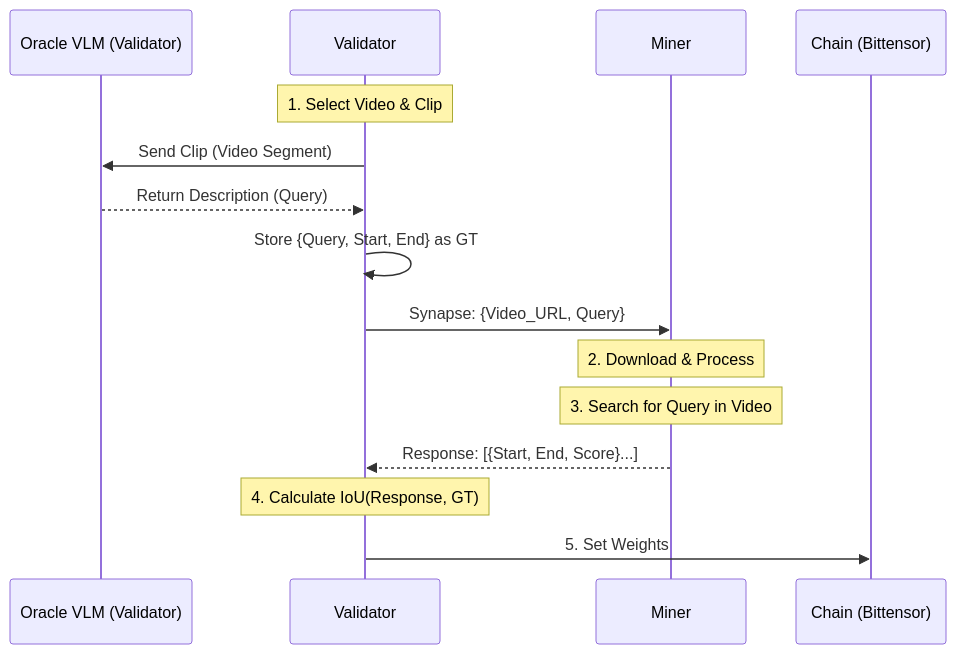
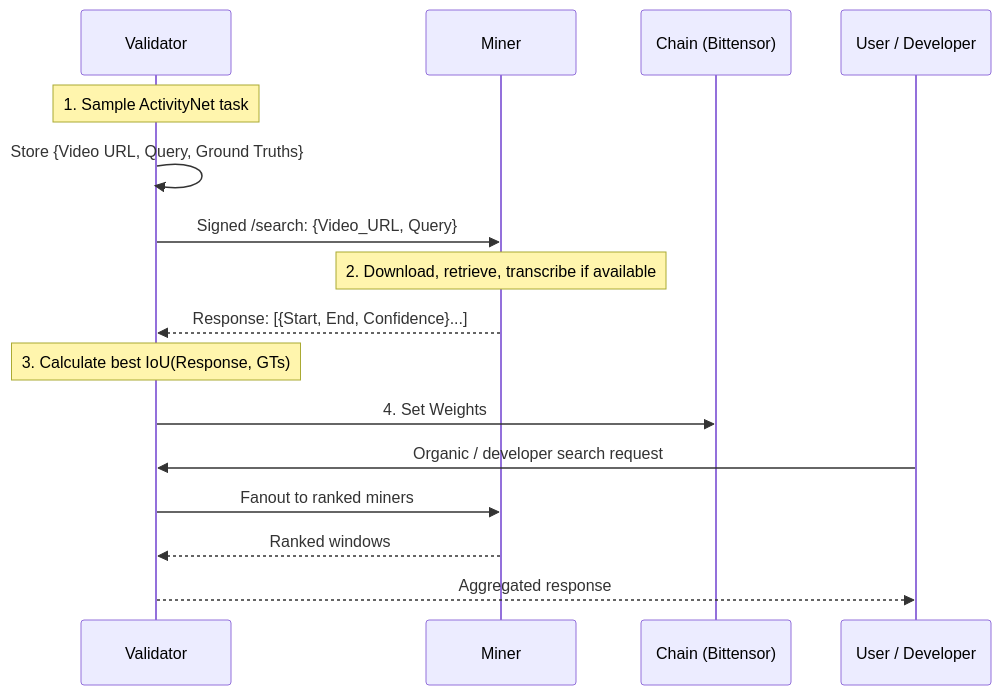
Before and after one commit to chronoseek/bittensor-subnet: the diagram in docs/DESIGN.md, drawn with Mermaid. The commit also changed other lines of this file and 1 other file, not shown here.

````diff
--- a/docs/DESIGN.md
+++ b/docs/DESIGN.md
@@ -30,20 +40,22 @@
 ```mermaid
 sequenceDiagram
-    participant O as Oracle VLM (Validator)
     participant V as Validator
     participant M as Miner
     participant C as Chain (Bittensor)
+    participant U as User / Developer
 
-    Note over V: 1. Select Video & Clip
-    V->>O: Send Clip (Video Segment)
-    O-->>V: Return Description (Query)
-    V->>V: Store {Query, Start, End} as GT
+    Note over V: 1. Sample ActivityNet task
+    V->>V: Store {Video URL, Query, Ground Truths}
 
-    V->>M: Synapse: {Video_URL, Query}
-    Note over M: 2. Download & Process
-    Note over M: 3. Search for Query in Video
-    M-->>V: Response: [{Start, End, Score}...]
+    V->>M: Signed /search: {Video_URL, Query}
+    Note over M: 2. Download, retrieve, transcribe if available
+    M-->>V: Response: [{Start, End, Confidence}...]
 
-    Note over V: 4. Calculate IoU(Response, GT)
-    V->>C: 5. Set Weights
+    Note over V: 3. Calculate best IoU(Response, GTs)
+    V->>C: 4. Set Weights
+
+    U->>V: Organic / developer search request
+    V->>M: Fanout to ranked miners
+    M-->>V: Ranked windows
+    V-->>U: Aggregated response
 ```
````
